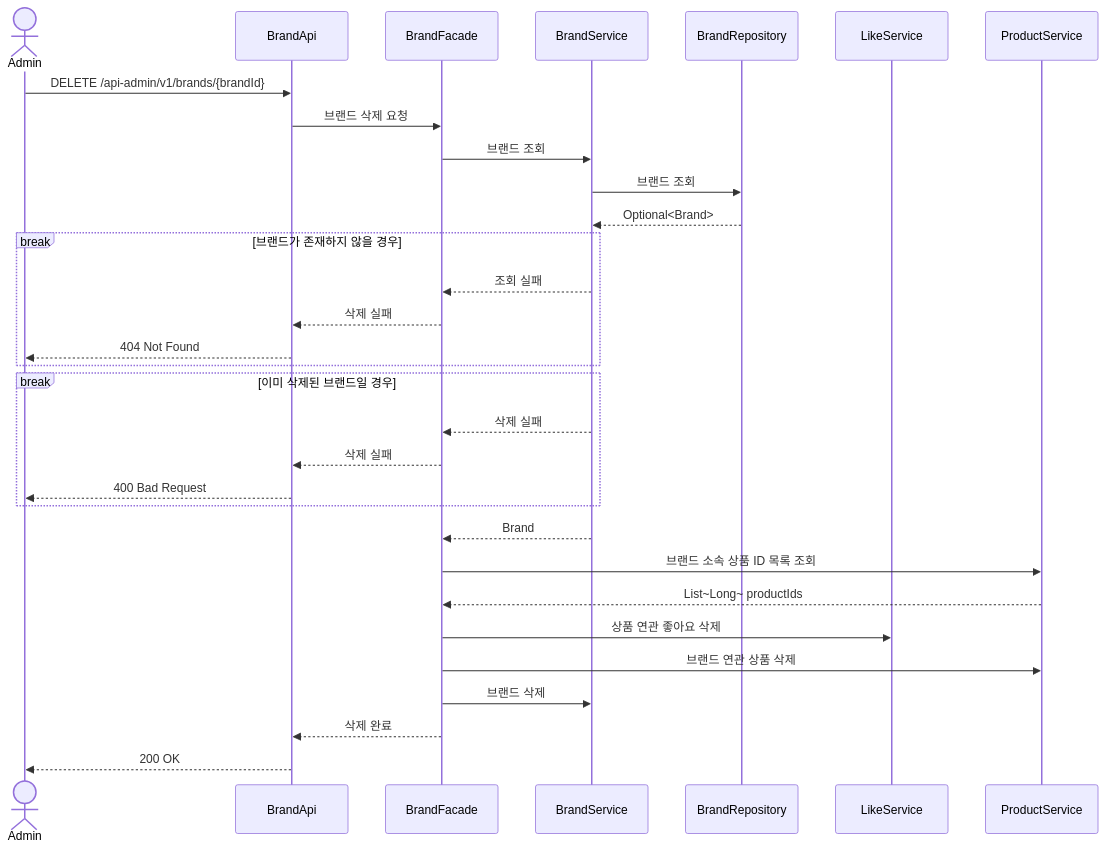
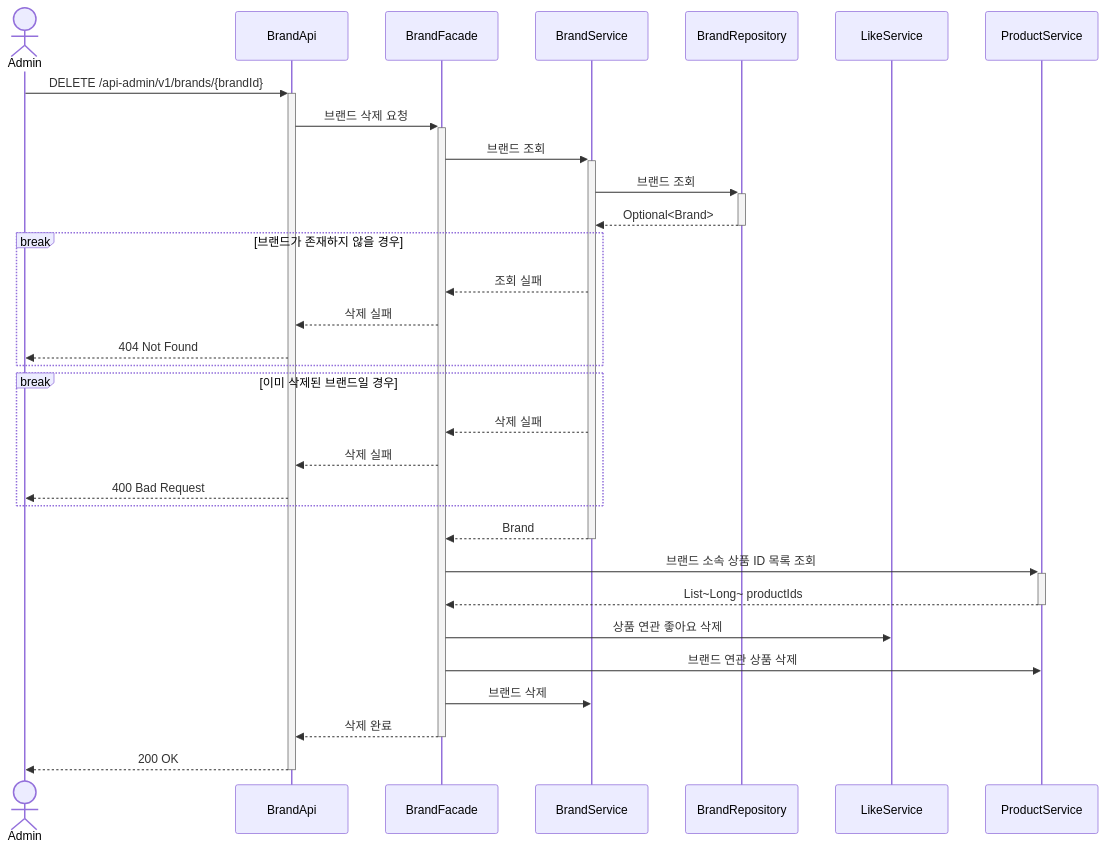
The seventh of 23 diagrams in .docs/design/02-sequence-diagrams.md (Loopers-dev-lab/loop-pack-be-l2-vol3-java), drawn with Mermaid before and after one commit. The commit also changed other lines of this file, not shown here.

Commit message:
docs: 시퀀스 다이어그램에 액티베이션바 추가

````diff
--- a/.docs/design/02-sequence-diagrams.md
+++ b/.docs/design/02-sequence-diagrams.md
@@ -238,38 +242,38 @@
 ```mermaid
 sequenceDiagram
     actor Admin
     participant BrandApi
     participant BrandFacade
     participant BrandService
     participant BrandRepository
     participant LikeService
     participant ProductService
 
-    Admin ->> BrandApi: DELETE /api-admin/v1/brands/{brandId}
-    BrandApi ->> BrandFacade: 브랜드 삭제 요청
-    BrandFacade ->> BrandService: 브랜드 조회
+    Admin ->>+ BrandApi: DELETE /api-admin/v1/brands/{brandId}
+    BrandApi ->>+ BrandFacade: 브랜드 삭제 요청
+    BrandFacade ->>+ BrandService: 브랜드 조회
 
-    BrandService ->> BrandRepository: 브랜드 조회
-    BrandRepository -->> BrandService: Optional<Brand>
+    BrandService ->>+ BrandRepository: 브랜드 조회
+    BrandRepository -->>- BrandService: Optional<Brand>
 
     break 브랜드가 존재하지 않을 경우
         BrandService -->> BrandFacade: 조회 실패
         BrandFacade -->> BrandApi: 삭제 실패
         BrandApi -->> Admin: 404 Not Found
     end
 
     break 이미 삭제된 브랜드일 경우
         BrandService -->> BrandFacade: 삭제 실패
         BrandFacade -->> BrandApi: 삭제 실패
         BrandApi -->> Admin: 400 Bad Request
     end
 
-    BrandService -->> BrandFacade: Brand
-    BrandFacade ->> ProductService: 브랜드 소속 상품 ID 목록 조회
-    ProductService -->> BrandFacade: List~Long~ productIds
+    BrandService -->>- BrandFacade: Brand
+    BrandFacade ->>+ ProductService: 브랜드 소속 상품 ID 목록 조회
+    ProductService -->>- BrandFacade: List~Long~ productIds
     BrandFacade ->> LikeService: 상품 연관 좋아요 삭제
     BrandFacade ->> ProductService: 브랜드 연관 상품 삭제
     BrandFacade ->> BrandService: 브랜드 삭제
-    BrandFacade -->> BrandApi: 삭제 완료
-    BrandApi -->> Admin: 200 OK
+    BrandFacade -->>- BrandApi: 삭제 완료
+    BrandApi -->>- Admin: 200 OK
 ```
````
